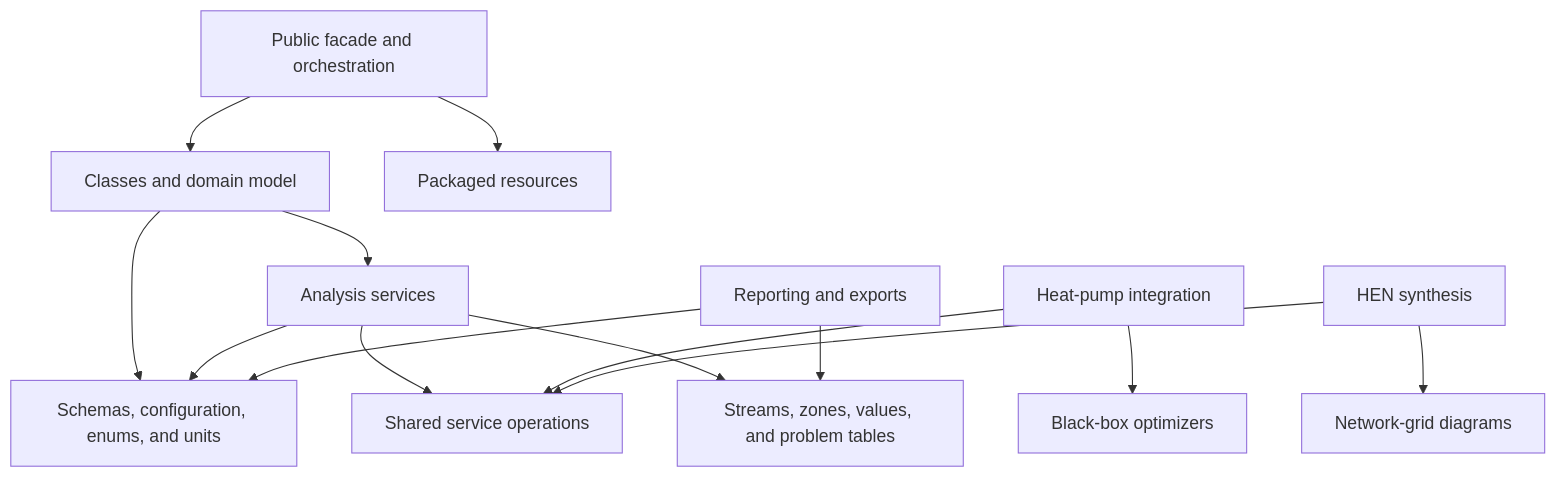
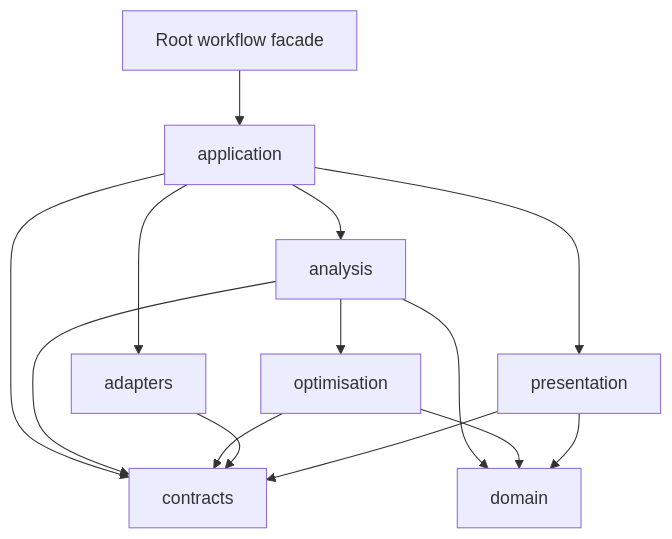
One commit to waikato-ahuora-smart-energy-systems/OpenPinch changed the diagram in aidlc-docs/inception/reverse-engineering/dependencies.md. Above: the diagram before and after it, drawn with Mermaid. The commit also changed other lines of this file and 50 other files, not shown here.

````diff
--- a/aidlc-docs/inception/reverse-engineering/dependencies.md
+++ b/aidlc-docs/inception/reverse-engineering/dependencies.md
@@ -5,16 +5,16 @@
 ```mermaid
 flowchart TD
-    Public["Public facade and orchestration"] --> Classes["Classes and domain model"]
-    Public --> Resources["Packaged resources"]
-    Classes --> Lib["Schemas, configuration, enums, and units"]
-    Classes --> Services["Analysis services"]
-    Services --> Common["Shared service operations"]
-    Services --> Lib
-    Services --> Domain["Streams, zones, values, and problem tables"]
-    HPR["Heat-pump integration"] --> Common
-    HPR --> Optimizers["Black-box optimizers"]
-    HEN["HEN synthesis"] --> Common
-    HEN --> Grid["Network-grid diagrams"]
-    Output["Reporting and exports"] --> Lib
-    Output --> Domain
+    Root["Root workflow facade"] --> Application["application"]
+    Application --> Contracts["contracts"]
+    Application --> Adapters["adapters"]
+    Application --> Analysis["analysis"]
+    Application --> Presentation["presentation"]
+    Analysis --> Domain["domain"]
+    Analysis --> Contracts
+    Analysis --> Optimisation["optimisation"]
+    Optimisation --> Domain
+    Optimisation --> Contracts
+    Adapters --> Contracts
+    Presentation --> Domain
+    Presentation --> Contracts
 ```
````
